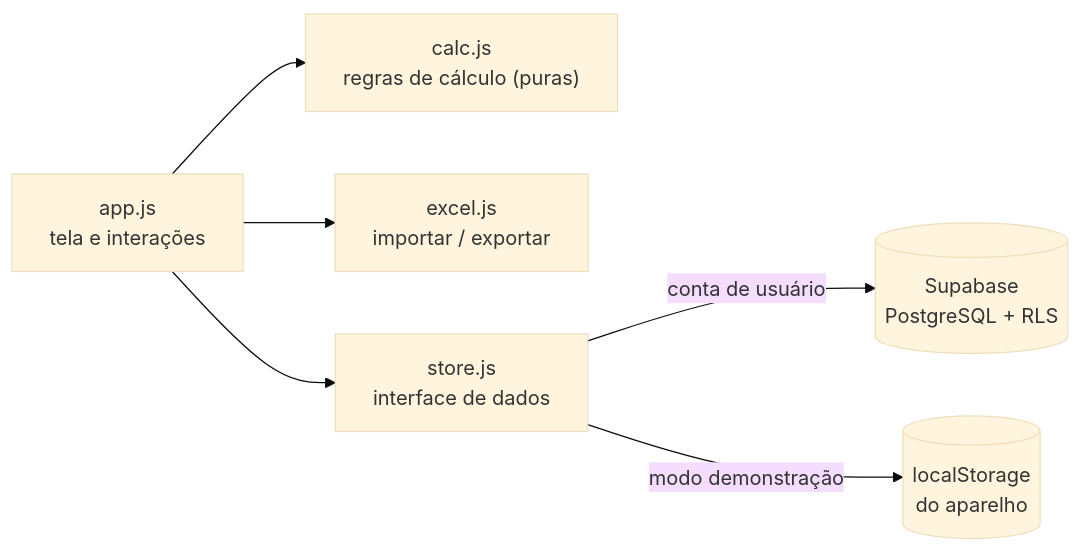
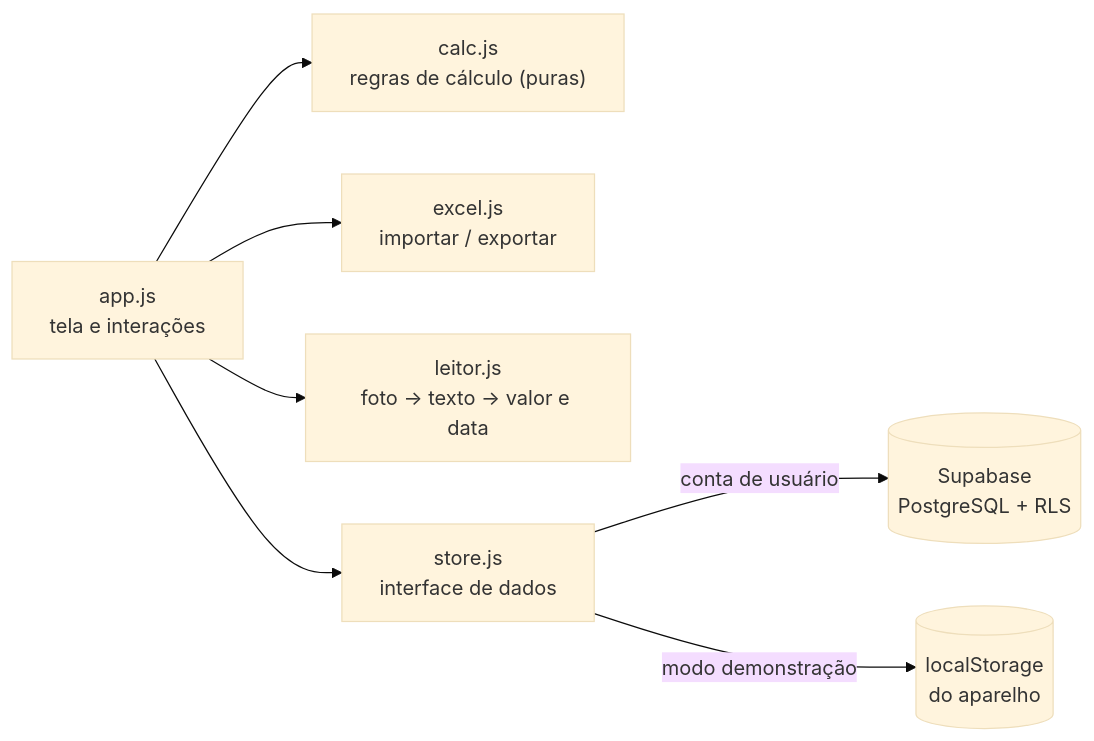
Before and after one commit to MarcosHenriqueBarbosaSantos/controle-gastos-pwa: the first of 2 diagrams in README.md, drawn with Mermaid (base theme). The commit also changed other lines of this file and 19 other files, not shown here.

````diff
--- a/README.md
+++ b/README.md
@@ -54,8 +57,9 @@
 ```mermaid
 flowchart LR
   UI["app.js<br/>tela e interações"] --> CALC["calc.js<br/>regras de cálculo (puras)"]
   UI --> XL["excel.js<br/>importar / exportar"]
+  UI --> LE["leitor.js<br/>foto → texto → valor e data"]
   UI --> ST["store.js<br/>interface de dados"]
   ST -->|conta de usuário| SB[("Supabase<br/>PostgreSQL + RLS")]
   ST -->|modo demonstração| LS[("localStorage<br/>do aparelho")]
 ```
````
